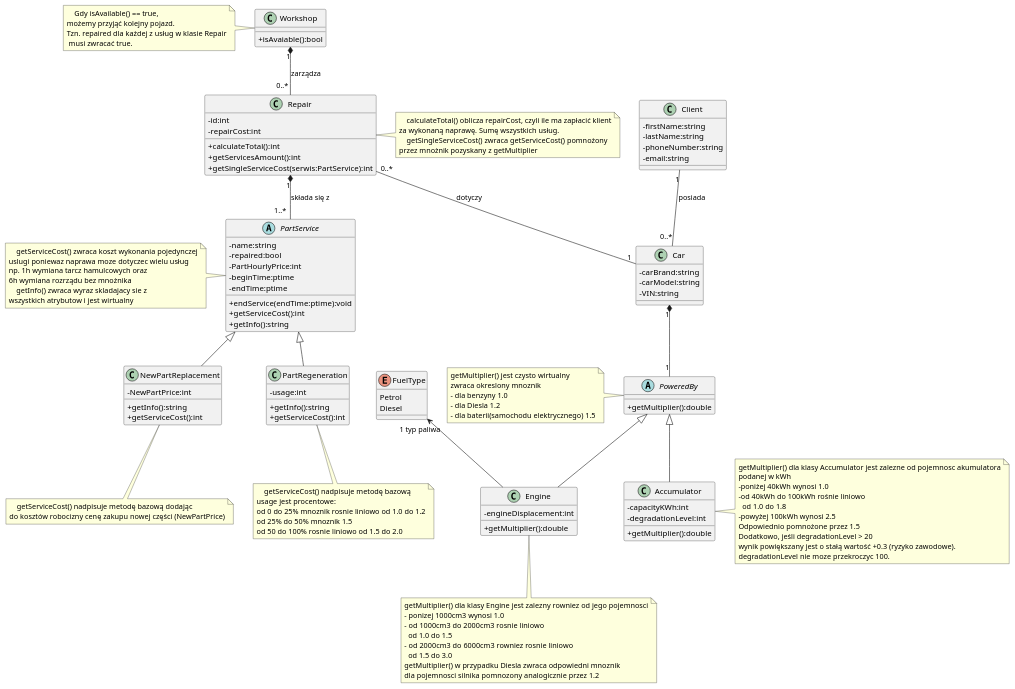
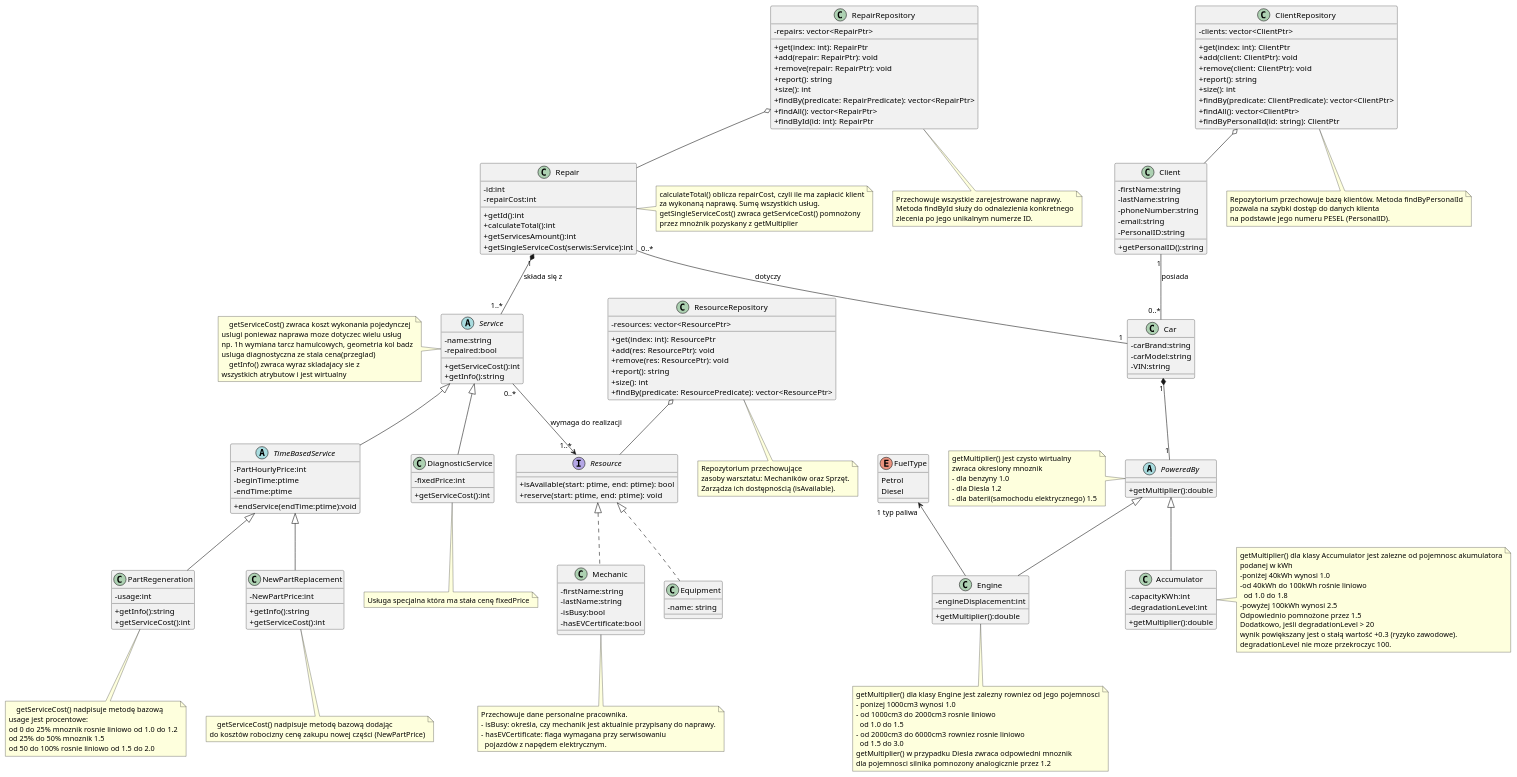
The diagram in uml/car_service.puml (cyps0nik/pobi26), drawn with PlantUML before and after one commit.

Commit message:
Dodanie zasobów oraz repozytoriów dla zasobów, klientów oraz usług/napraw

```diff
--- a/uml/car_service.puml
+++ b/uml/car_service.puml
@@ -1,46 +1,53 @@
 @startuml
 'https://plantuml.com/class-diagram
 skinparam classAttributeIconSize 0
- class Car{
+
+class Car {
 - carBrand:string
 - carModel:string
 - VIN:string
 }
 
-class Client{
+class Client {
 - firstName:string
 - lastName:string
 - phoneNumber:string
 - email:string
+- PersonalID:string
++ getPersonalID():string
 }
-class Workshop{
-+isAvaiable():bool
+
+abstract class Service {
+  -name:string
+  -repaired:bool
+  +getServiceCost():int
+  +getInfo():string
 }
-note left of Workshop
-    Gdy isAvailable() == true,
-możemy przyjąć kolejny pojazd.
-Tzn. repaired dla każdej z usług w klasie Repair
- musi zwracać true.
-end note
-abstract PartService {
--name:string
--repaired:bool
--PartHourlyPrice:int
--beginTime:ptime
--endTime:ptime
-+endService(endTime:ptime):void
-+getServiceCost():int
-+getInfo():string
-}
-note left of PartService
+note left of Service
     getServiceCost() zwraca koszt wykonania pojedynczej
 uslugi poniewaz naprawa moze dotyczec wielu usług
-np. 1h wymiana tarcz hamulcowych oraz
-6h wymiana rozrządu bez mnożnika
+np. 1h wymiana tarcz hamulcowych, geometria kol badz
+usluga diagnostyczna ze stala cena(przeglad)
     getInfo() zwraca wyraz skladajacy sie z
 wszystkich atrybutow i jest wirtualny
 end note
-class PartRegeneration{
+
+abstract class TimeBasedService {
+  -PartHourlyPrice:int
+  -beginTime:ptime
+  -endTime:ptime
+  +endService(endTime:ptime):void
+}
+
+class DiagnosticService {
+  -fixedPrice:int
+  +getServiceCost():int
+}
+note bottom of DiagnosticService
+    Usługa specjalna która ma stała cenę fixedPrice
+end note
+
+class PartRegeneration {
 -usage:int
 +getInfo():string
 +getServiceCost():int
@@ -52,7 +59,8 @@
 od 25% do 50% mnoznik 1.5
 od 50 do 100% rosnie liniowo od 1.5 do 2.0
 end note
-class NewPartReplacement{
+
+class NewPartReplacement {
 -NewPartPrice:int
 +getInfo():string
 +getServiceCost():int
@@ -61,20 +69,23 @@
     getServiceCost() nadpisuje metodę bazową dodając
 do kosztów robocizny cenę zakupu nowej części (NewPartPrice)
 end note
-class Repair{
+
+class Repair {
 -id:int
 -repairCost:int
++getId():int
 +calculateTotal():int
 +getServicesAmount():int
-+getSingleServiceCost(serwis:PartService):int
++getSingleServiceCost(serwis:Service):int
 }
 note right of Repair
-    calculateTotal() oblicza repairCost, czyli ile ma zapłacić klient
+calculateTotal() oblicza repairCost, czyli ile ma zapłacić klient
 za wykonaną naprawę. Sumę wszystkich usług.
-    getSingleServiceCost() zwraca getServiceCost() pomnożony
+getSingleServiceCost() zwraca getServiceCost() pomnożony
 przez mnożnik pozyskany z getMultiplier
 end note
-abstract PoweredBy{
+
+abstract class PoweredBy {
 +getMultiplier():double
 }
 note left of PoweredBy
@@ -84,11 +95,12 @@
 - dla Diesla 1.2
 - dla baterii(samochodu elektrycznego) 1.5
 end note
-class Engine{
+
+class Engine {
 -engineDisplacement:int
 +getMultiplier():double
 }
-enum FuelType{
+enum FuelType {
 Petrol
 Diesel
 }
@@ -102,7 +114,8 @@
 getMultiplier() w przypadku Diesla zwraca odpowiedni mnoznik
 dla pojemnosci silnika pomnozony analogicznie przez 1.2
 end note
-class Accumulator{
+
+class Accumulator {
 -capacityKWh:int
 -degradationLevel:int
 +getMultiplier():double
@@ -119,14 +132,99 @@
 wynik powiększany jest o stałą wartość +0.3 (ryzyko zawodowe).
 degradationLevel nie moze przekroczyc 100.
 end note
-Workshop "1" *-- "0..* " Repair : zarządza
+
+interface Resource {
+  +isAvailable(start: ptime, end: ptime): bool
+  +reserve(start: ptime, end: ptime): void
+}
+
+class Mechanic implements Resource {
+  -firstName:string
+  -lastName:string
+  -isBusy:bool
+  -hasEVCertificate:bool
+}
+note bottom of Mechanic
+    Przechowuje dane personalne pracownika.
+    - isBusy: określa, czy mechanik jest aktualnie przypisany do naprawy.
+    - hasEVCertificate: flaga wymagana przy serwisowaniu
+      pojazdów z napędem elektrycznym.
+end note
+
+class Equipment implements Resource {
+  -name: string
+}
+
+class ClientRepository {
+  -clients: vector<ClientPtr>
+  +get(index: int): ClientPtr
+  +add(client: ClientPtr): void
+  +remove(client: ClientPtr): void
+  +report(): string
+  +size(): int
+  +findBy(predicate: ClientPredicate): vector<ClientPtr>
+  +findAll(): vector<ClientPtr>
+  +findByPersonalId(id: string): ClientPtr
+}
+note bottom of ClientRepository
+  Repozytorium przechowuje bazę klientów. Metoda findByPersonalId
+  pozwala na szybki dostęp do danych klienta
+  na podstawie jego numeru PESEL (PersonalID).
+end note
+
+class RepairRepository {
+  -repairs: vector<RepairPtr>
+  +get(index: int): RepairPtr
+  +add(repair: RepairPtr): void
+  +remove(repair: RepairPtr): void
+  +report(): string
+  +size(): int
+  +findBy(predicate: RepairPredicate): vector<RepairPtr>
+  +findAll(): vector<RepairPtr>
+  +findById(id: int): RepairPtr
+}
+note bottom of RepairRepository
+  Przechowuje wszystkie zarejestrowane naprawy.
+  Metoda findById służy do odnalezienia konkretnego
+  zlecenia po jego unikalnym numerze ID.
+end note
+
+class ResourceRepository {
+  -resources: vector<ResourcePtr>
+  +get(index: int): ResourcePtr
+  +add(res: ResourcePtr): void
+  +remove(res: ResourcePtr): void
+  +report(): string
+  +size(): int
+  +findBy(predicate: ResourcePredicate): vector<ResourcePtr>
+}
+note bottom of ResourceRepository
+  Repozytorium przechowujące
+  zasoby warsztatu: Mechaników oraz Sprzęt.
+  Zarządza ich dostępnością (isAvailable).
+end note
+
+' <--- RELACJE --->
+
 Client "1" -- "0..*" Car : posiada
 Repair "0..*" -- "1" Car : dotyczy
-Repair "1" *-- "1..*  " PartService : składa się z
-PartService <|-- NewPartReplacement
-PartService <|-- PartRegeneration
-Car"1" *-- "1"PoweredBy
+Repair "1" *-- "1..*" Service : składa się z
+Car "1" *-- "1" PoweredBy
 PoweredBy <|-- Engine
 PoweredBy <|-- Accumulator
-FuelType"1 typ paliwa" <-- Engine
+FuelType "1 typ paliwa" <-- Engine
+
+Service <|-- DiagnosticService
+TimeBasedService <|-- NewPartReplacement
+TimeBasedService <|-- PartRegeneration
+Service <|-- TimeBasedService
+
+' Relacje z repozytoriami
+ClientRepository o-- Client
+RepairRepository o-- Repair
+ResourceRepository o-- Resource
+
+' Relacja użycia zasobów przez usługi
+Service "0..*" --> "1..*" Resource : wymaga do realizacji
+
 @enduml
```
